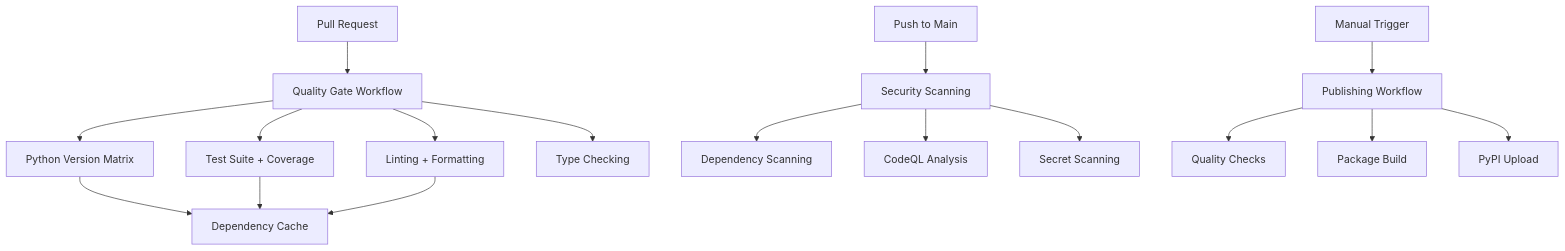
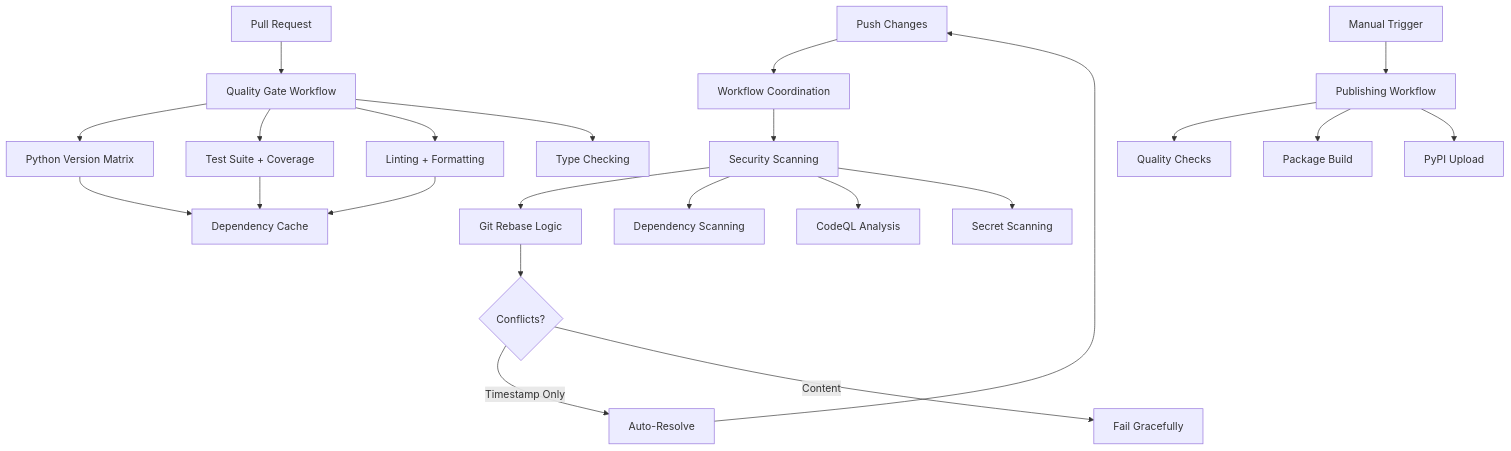
Before and after one commit to stabbotco1/mypylogger: the diagram in .kiro/specs/phase-3-github-cicd/design.md, drawn with Mermaid. The commit also changed other lines of this file and 22 other files, not shown here.

````diff
--- a/.kiro/specs/phase-3-github-cicd/design.md
+++ b/.kiro/specs/phase-3-github-cicd/design.md
@@ -16,23 +26,30 @@
 ```mermaid
 graph TB
     PR[Pull Request] --> QG[Quality Gate Workflow]
-    PUSH[Push to Main] --> SEC[Security Scanning]
+    PUSH[Push to Main] --> COORD[Workflow Coordination]
     MANUAL[Manual Trigger] --> PUB[Publishing Workflow]
+    
+    COORD --> SEC[Security Scanning]
+    SEC --> REBASE[Git Rebase Logic]
+    REBASE --> CONFLICT{Conflicts?}
+    CONFLICT -->|Timestamp Only| RESOLVE[Auto-Resolve]
+    CONFLICT -->|Content| FAIL[Fail Gracefully]
+    RESOLVE --> PUSH[Push Changes]
     
     QG --> MATRIX[Python Version Matrix]
     QG --> TESTS[Test Suite + Coverage]
     QG --> LINT[Linting + Formatting]
     QG --> TYPE[Type Checking]
     
     SEC --> DEP[Dependency Scanning]
     SEC --> CODE[CodeQL Analysis]
     SEC --> SECRET[Secret Scanning]
     
     PUB --> QUAL[Quality Checks]
     PUB --> BUILD[Package Build]
     PUB --> PYPI[PyPI Upload]
     
     MATRIX --> CACHE[Dependency Cache]
     TESTS --> CACHE
     LINT --> CACHE
 ```
````
